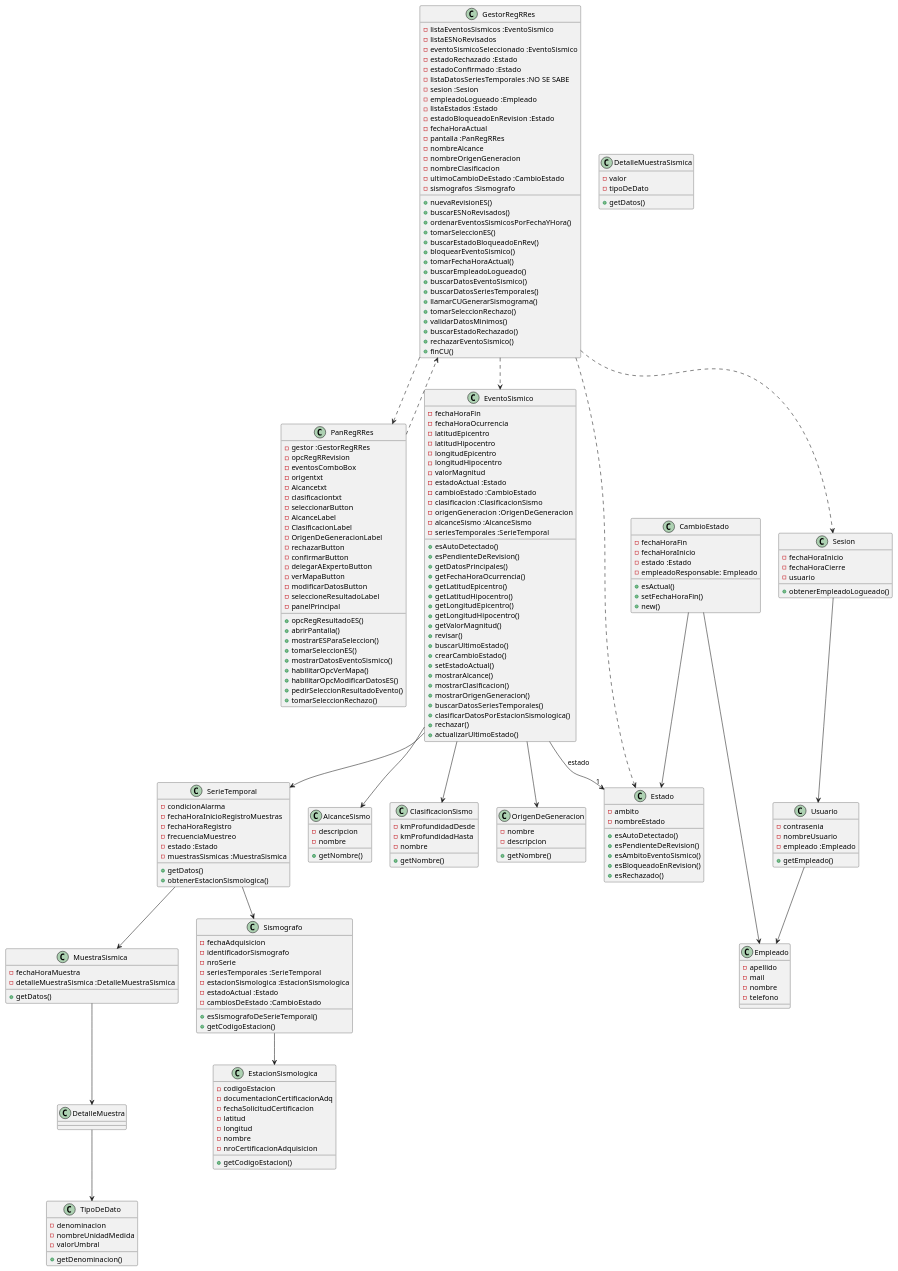
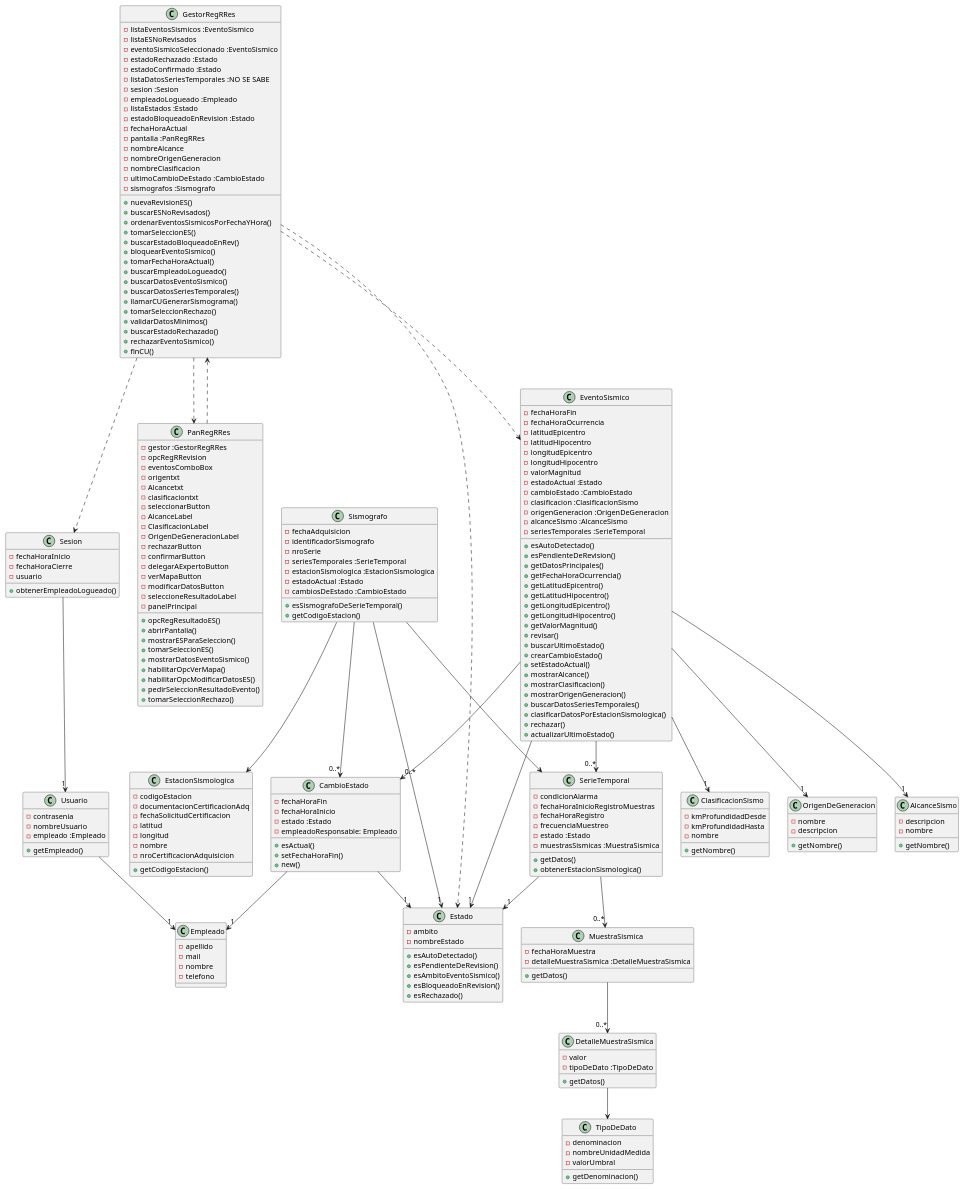
The diagram in diagrama-vista-estatica.wsd (santiwg/TPI-DS2025-G1), drawn with PlantUML before and after one commit.

Commit message:
Agrego la multiplecidad de las relaciones y agrego faltantes

```diff
--- a/diagrama-vista-estatica.wsd
+++ b/diagrama-vista-estatica.wsd
@@ -95,7 +95,7 @@
 
 class DetalleMuestraSismica{
     -valor
-    -tipoDeDato
+    -tipoDeDato :TipoDeDato
 
     +getDatos()
 }
@@ -240,31 +240,39 @@
 
 GestorRegRRes ..> Sesion
 
-EventoSismico -->"1" Estado:estado
+EventoSismico -->"1" Estado
 
-Sesion --> Usuario
+Sesion -->"1" Usuario
 
-Usuario --> Empleado
+Usuario -->"1" Empleado
 
-CambioEstado --> Estado
+CambioEstado -->"1" Estado
 
-CambioEstado --> Empleado
+CambioEstado -->"1" Empleado
 
-EventoSismico --> AlcanceSismo
+EventoSismico -->"1" AlcanceSismo
 
-EventoSismico --> ClasificacionSismo
+EventoSismico -->"1" ClasificacionSismo
 
-EventoSismico --> OrigenDeGeneracion
+EventoSismico -->"1" OrigenDeGeneracion
 
-EventoSismico --> SerieTemporal
+EventoSismico -->"0..*" SerieTemporal
 
-SerieTemporal --> MuestraSismica
+EventoSismico -->"0..*"CambioEstado
 
-MuestraSismica --> DetalleMuestra
+SerieTemporal -->"0..*" MuestraSismica
 
-DetalleMuestra --> TipoDeDato
+SerieTemporal -->"1"Estado
 
-SerieTemporal --> Sismografo
+MuestraSismica -->"0..*" DetalleMuestraSismica
+
+Sismografo -->"1" Estado
+
+Sismografo -->"0..*" CambioEstado
+
+DetalleMuestraSismica --> TipoDeDato
+
+Sismografo --> SerieTemporal
 
 Sismografo --> EstacionSismologica
 @enduml
```
